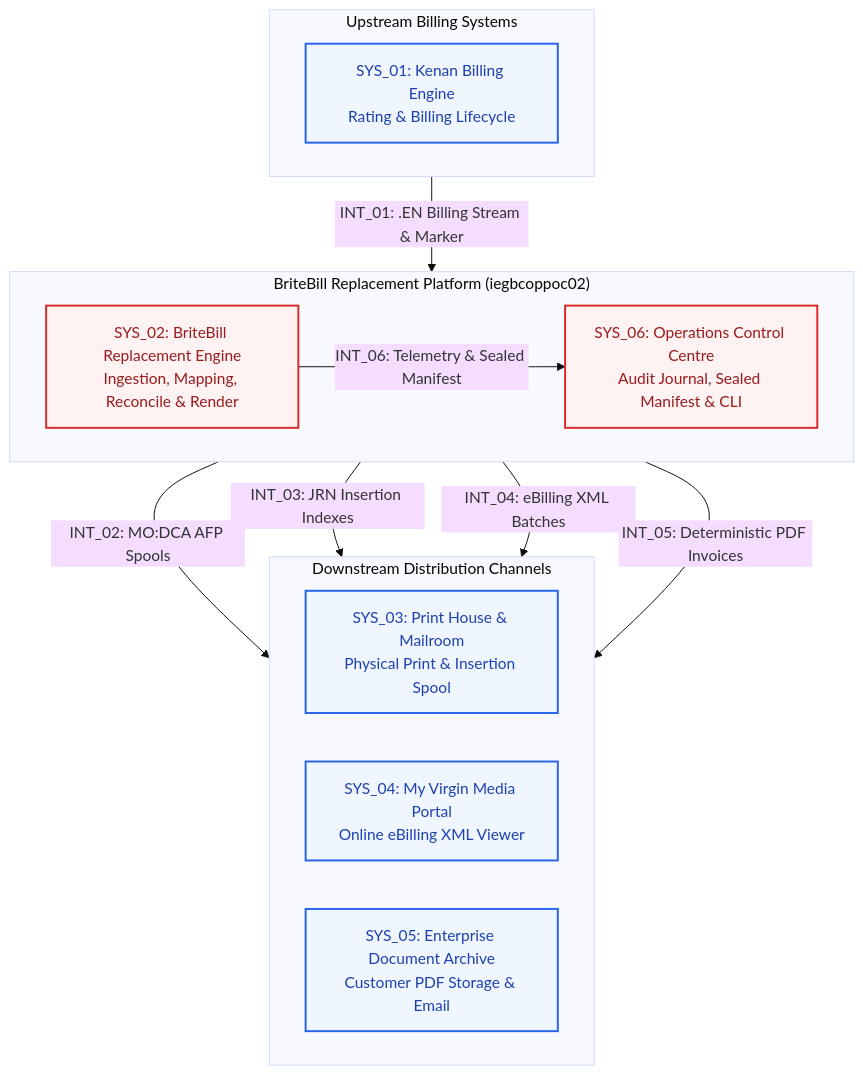
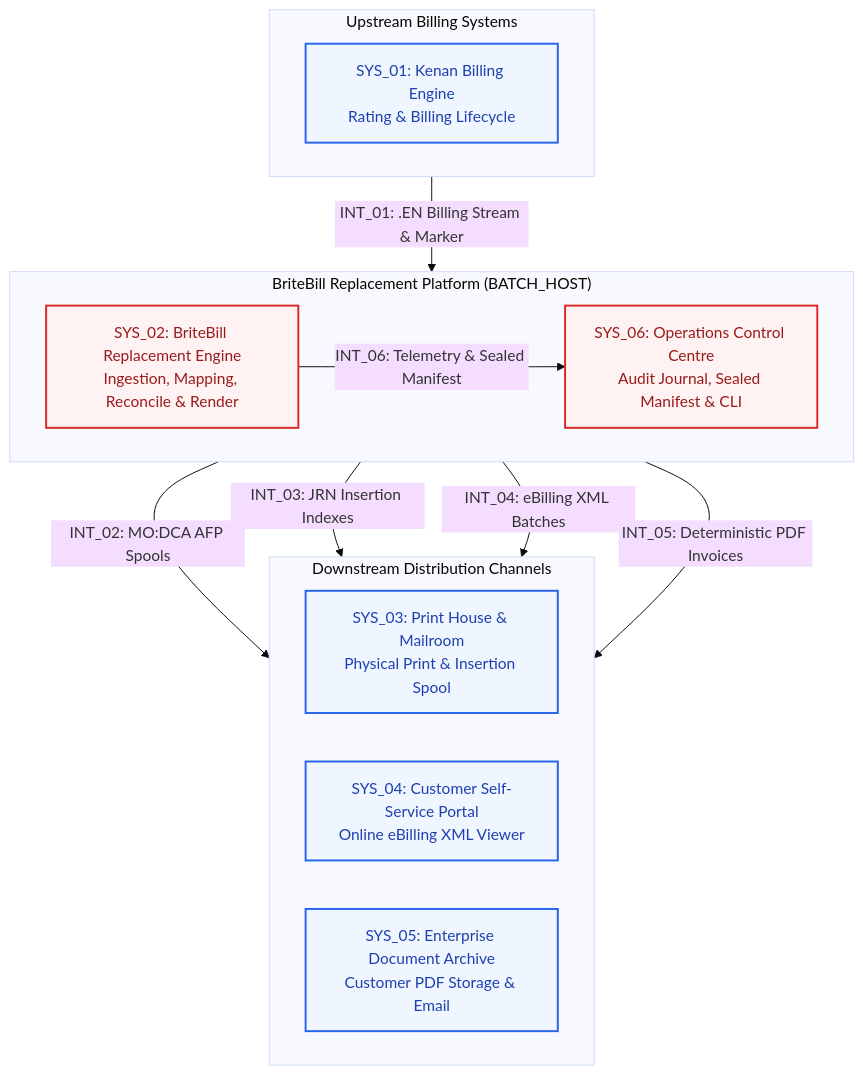
The third of 4 diagrams in bundles/antigravity-plugin-extras/skills/hld/references/gold-standard-hld.md (saajunaid/caddis-plugin), drawn with Mermaid (base theme) before and after one commit. The commit also changed other lines of this file and 12 other files, not shown here.

````diff
--- a/bundles/antigravity-plugin-extras/skills/hld/references/gold-standard-hld.md
+++ b/bundles/antigravity-plugin-extras/skills/hld/references/gold-standard-hld.md
@@ -188,30 +197,30 @@
 ```mermaid
 flowchart TD
     classDef existingStyle fill:#EFF6FF,stroke:#2563EB,stroke-width:2px,color:#1E40AF;
     classDef newStyle fill:#FEF2F2,stroke:#DC2626,stroke-width:2px,color:#991B1B;
 
     subgraph Upstream["Upstream Billing Systems"]
         direction LR
         SYS_01["SYS_01: Kenan Billing Engine<br/>Rating & Billing Lifecycle"]:::existingStyle
     end
 
-    subgraph CorePlatform["BriteBill Replacement Platform (iegbcoppoc02)"]
+    subgraph CorePlatform["BriteBill Replacement Platform (BATCH_HOST)"]
         direction LR
         SYS_02["SYS_02: BriteBill Replacement Engine<br/>Ingestion, Mapping, Reconcile & Render"]:::newStyle
         SYS_06["SYS_06: Operations Control Centre<br/>Audit Journal, Sealed Manifest & CLI"]:::newStyle
     end
 
     subgraph Downstream["Downstream Distribution Channels"]
         direction LR
         SYS_03["SYS_03: Print House & Mailroom<br/>Physical Print & Insertion Spool"]:::existingStyle
-        SYS_04["SYS_04: My Virgin Media Portal<br/>Online eBilling XML Viewer"]:::existingStyle
+        SYS_04["SYS_04: Customer Self-Service Portal<br/>Online eBilling XML Viewer"]:::existingStyle
         SYS_05["SYS_05: Enterprise Document Archive<br/>Customer PDF Storage & Email"]:::existingStyle
     end
 
     SYS_01 -->|"INT_01: .EN Billing Stream & Marker"| SYS_02
     SYS_02 -->|"INT_02: MO:DCA AFP Spools"| SYS_03
     SYS_02 -->|"INT_03: JRN Insertion Indexes"| SYS_03
     SYS_02 -->|"INT_04: eBilling XML Batches"| SYS_04
     SYS_02 -->|"INT_05: Deterministic PDF Invoices"| SYS_05
     SYS_02 -->|"INT_06: Telemetry & Sealed Manifest"| SYS_06
 ```
````
